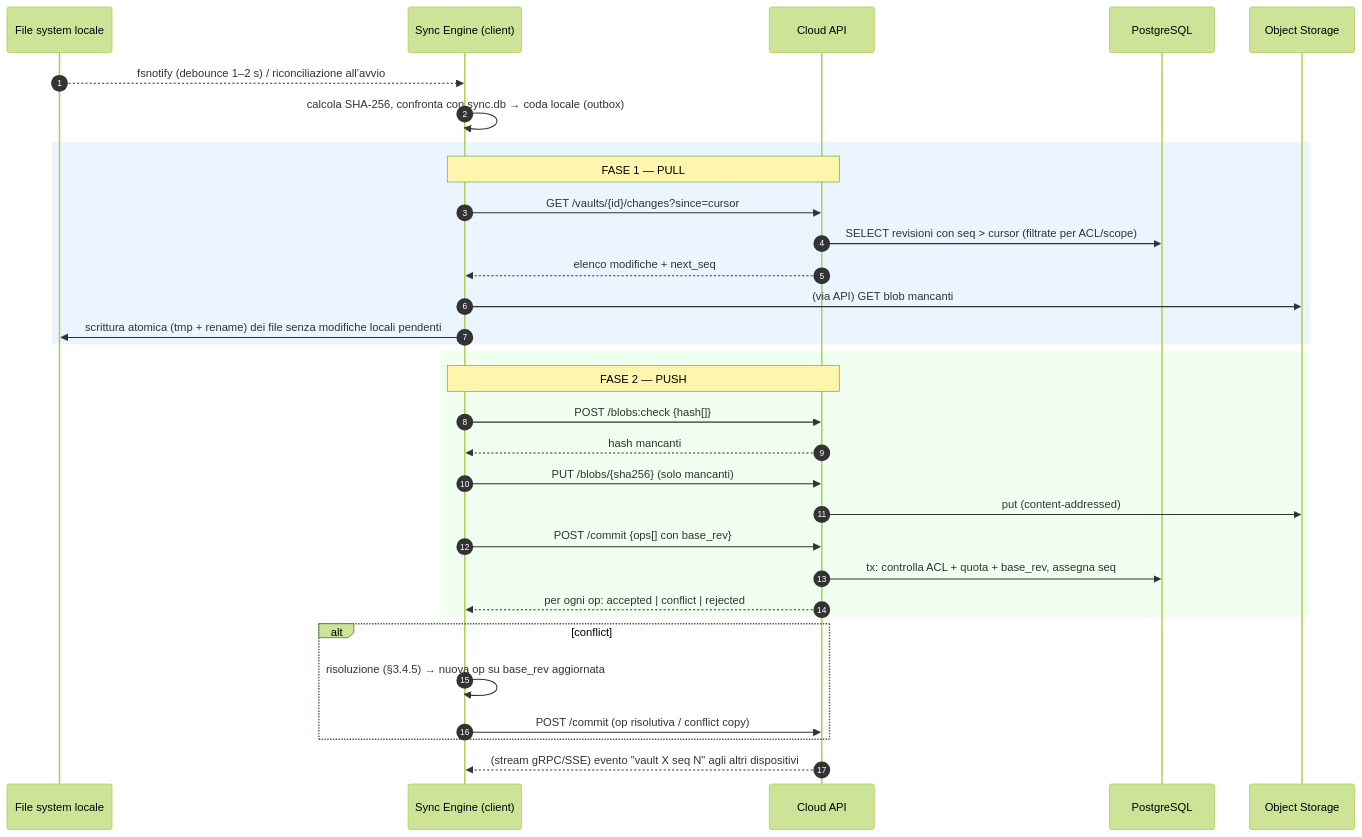
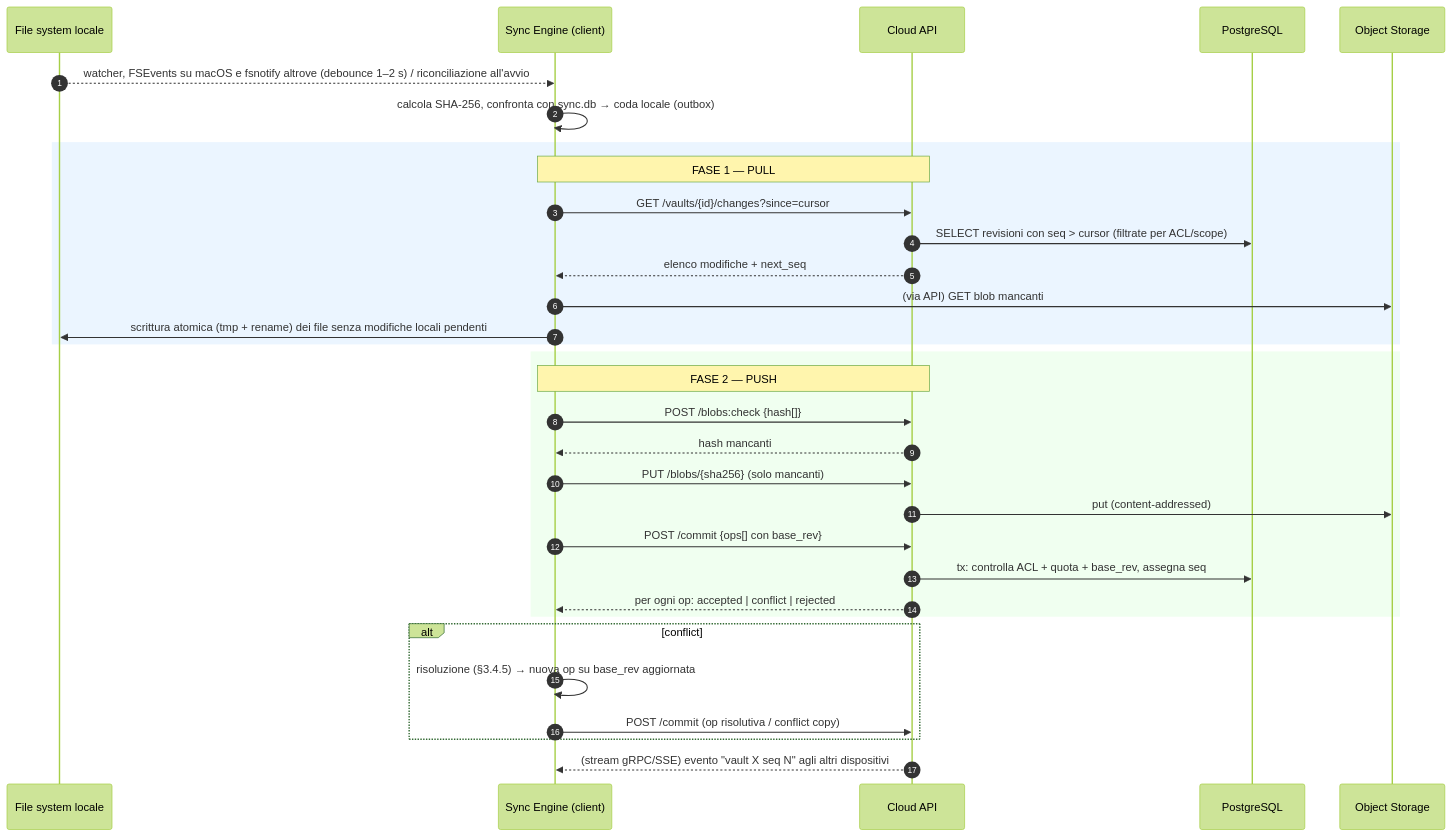
Before and after one commit to E2BRAdvisory/Clarae: the third of 5 diagrams in Specifications.md, drawn with Mermaid (forest theme). The commit also changed other lines of this file and 9 other files, not shown here.

````diff
--- a/Specifications.md
+++ b/Specifications.md
@@ -189,39 +199,39 @@
 ```mermaid
 sequenceDiagram
   autonumber
   participant FS as File system locale
   participant SE as Sync Engine (client)
   participant API as Cloud API
   participant PG as PostgreSQL
   participant S3 as Object Storage
 
-  FS-->>SE: fsnotify (debounce 1–2 s) / riconciliazione all'avvio
+  FS-->>SE: watcher, FSEvents su macOS e fsnotify altrove (debounce 1–2 s) / riconciliazione all'avvio
   SE->>SE: calcola SHA-256, confronta con sync.db → coda locale (outbox)
 
   rect rgb(235,245,255)
   Note over SE,API: FASE 1 — PULL
   SE->>API: GET /vaults/{id}/changes?since=cursor
   API->>PG: SELECT revisioni con seq > cursor (filtrate per ACL/scope)
   API-->>SE: elenco modifiche + next_seq
   SE->>S3: (via API) GET blob mancanti
   SE->>FS: scrittura atomica (tmp + rename) dei file senza modifiche locali pendenti
   end
 
   rect rgb(240,255,240)
   Note over SE,API: FASE 2 — PUSH
   SE->>API: POST /blobs:check {hash[]}
   API-->>SE: hash mancanti
   SE->>API: PUT /blobs/{sha256} (solo mancanti)
   API->>S3: put (content-addressed)
   SE->>API: POST /commit {ops[] con base_rev}
   API->>PG: tx: controlla ACL + quota + base_rev, assegna seq
   API-->>SE: per ogni op: accepted | conflict | rejected
   end
 
   alt conflict
     SE->>SE: risoluzione (§3.4.5) → nuova op su base_rev aggiornata
     SE->>API: POST /commit (op risolutiva / conflict copy)
   end
 
   API-->>SE: (stream gRPC/SSE) evento "vault X seq N" agli altri dispositivi
 ```
````
